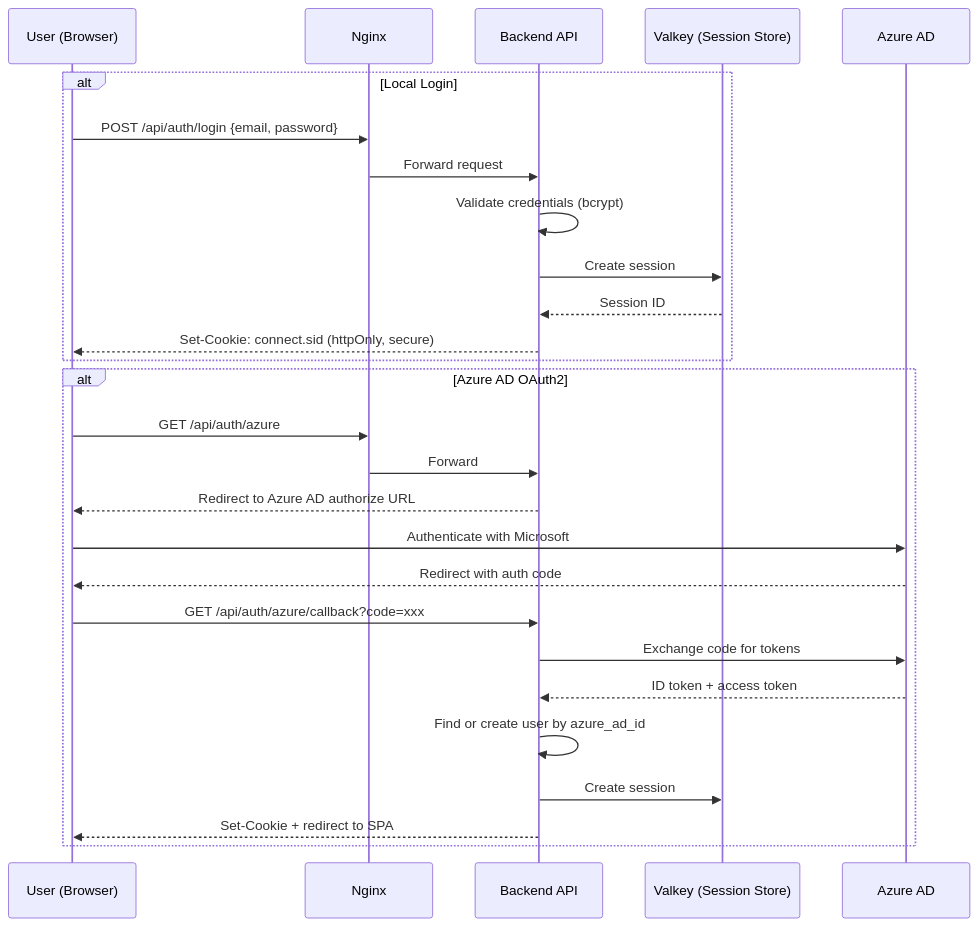
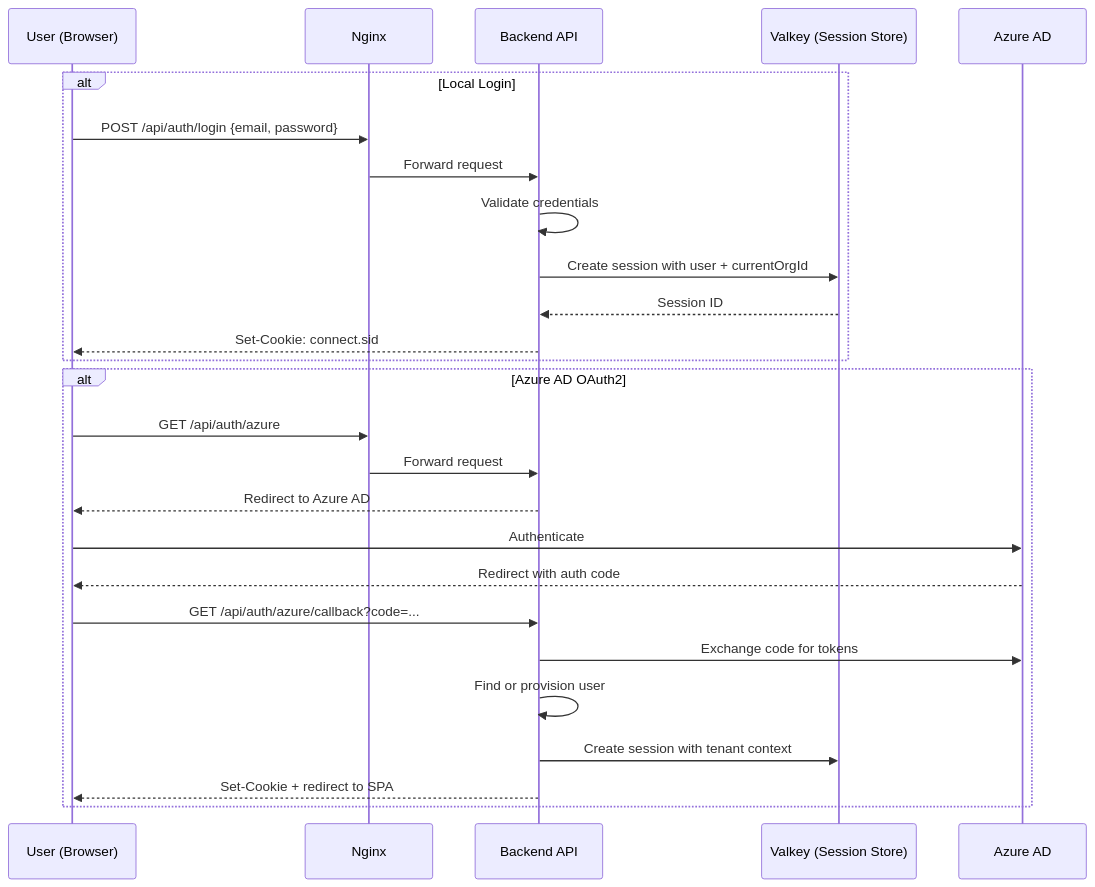
The first of 3 diagrams in docs/basic-design/system-infra/security-architecture.md (b-knowledge-solution/b-knowledge), drawn with Mermaid before and after one commit. The commit also changed other lines of this file and 2 other files, not shown here.

First line of the commit message:
docs(09-02): rewrite security and api permission design

````diff
--- a/docs/basic-design/system-infra/security-architecture.md
+++ b/docs/basic-design/system-infra/security-architecture.md
@@ -5,31 +23,30 @@
 ```mermaid
 sequenceDiagram
     participant U as User (Browser)
     participant N as Nginx
     participant B as Backend API
     participant V as Valkey (Session Store)
     participant A as Azure AD
 
     alt Local Login
         U->>N: POST /api/auth/login {email, password}
         N->>B: Forward request
-        B->>B: Validate credentials (bcrypt)
-        B->>V: Create session
+        B->>B: Validate credentials
+        B->>V: Create session with user + currentOrgId
         V-->>B: Session ID
-        B-->>U: Set-Cookie: connect.sid (httpOnly, secure)
+        B-->>U: Set-Cookie: connect.sid
     end
 
     alt Azure AD OAuth2
         U->>N: GET /api/auth/azure
-        N->>B: Forward
-        B-->>U: Redirect to Azure AD authorize URL
-        U->>A: Authenticate with Microsoft
+        N->>B: Forward request
+        B-->>U: Redirect to Azure AD
+        U->>A: Authenticate
         A-->>U: Redirect with auth code
-        U->>B: GET /api/auth/azure/callback?code=xxx
+        U->>B: GET /api/auth/azure/callback?code=...
         B->>A: Exchange code for tokens
-        A-->>B: ID token + access token
-        B->>B: Find or create user by azure_ad_id
-        B->>V: Create session
+        B->>B: Find or provision user
+        B->>V: Create session with tenant context
         B-->>U: Set-Cookie + redirect to SPA
     end
 ```
````
